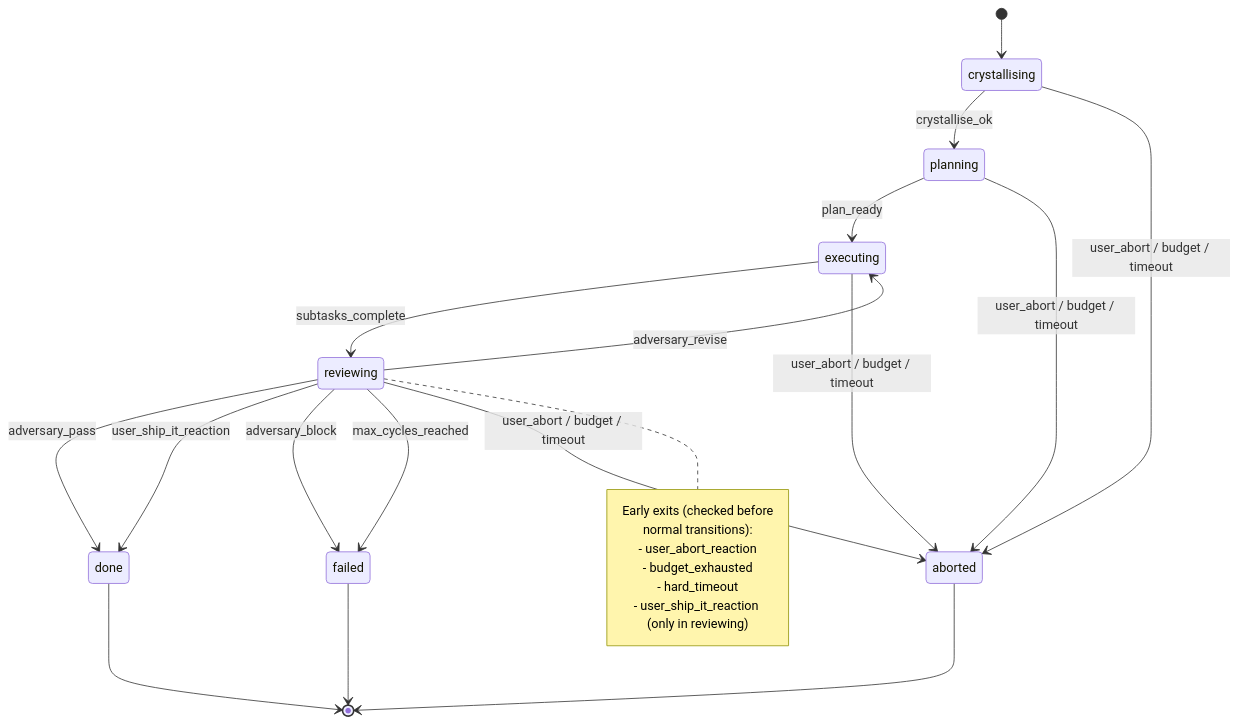
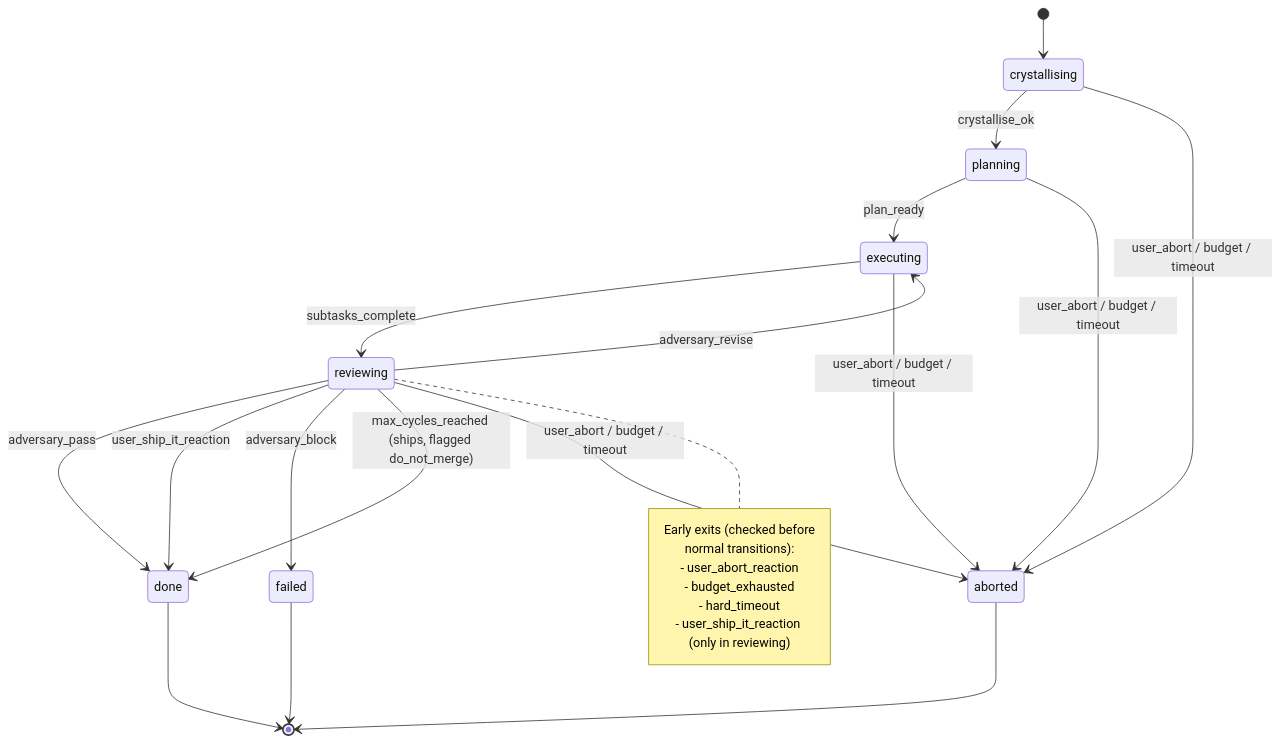
The third of 3 diagrams in docs/ARCHITECTURE.md (CarelvanHeerden/openclaw-agent-harness), drawn with Mermaid before and after one commit. The commit also changed other lines of this file and 17 other files, not shown here.

````diff
--- a/docs/ARCHITECTURE.md
+++ b/docs/ARCHITECTURE.md
@@ -147,30 +151,30 @@
 ```mermaid
 stateDiagram-v2
   [*] --> crystallising
   crystallising --> planning: crystallise_ok
   planning --> executing: plan_ready
   executing --> reviewing: subtasks_complete
   reviewing --> done: adversary_pass
   reviewing --> done: user_ship_it_reaction
   reviewing --> executing: adversary_revise
   reviewing --> failed: adversary_block
-  reviewing --> failed: max_cycles_reached
+  reviewing --> done: max_cycles_reached (ships, flagged do_not_merge)
 
   crystallising --> aborted: user_abort / budget / timeout
   planning --> aborted: user_abort / budget / timeout
   executing --> aborted: user_abort / budget / timeout
   reviewing --> aborted: user_abort / budget / timeout
 
   done --> [*]
   failed --> [*]
   aborted --> [*]
 
   note right of reviewing
     Early exits (checked before
     normal transitions):
     - user_abort_reaction
     - budget_exhausted
     - hard_timeout
     - user_ship_it_reaction (only in reviewing)
   end note
 ```
````
